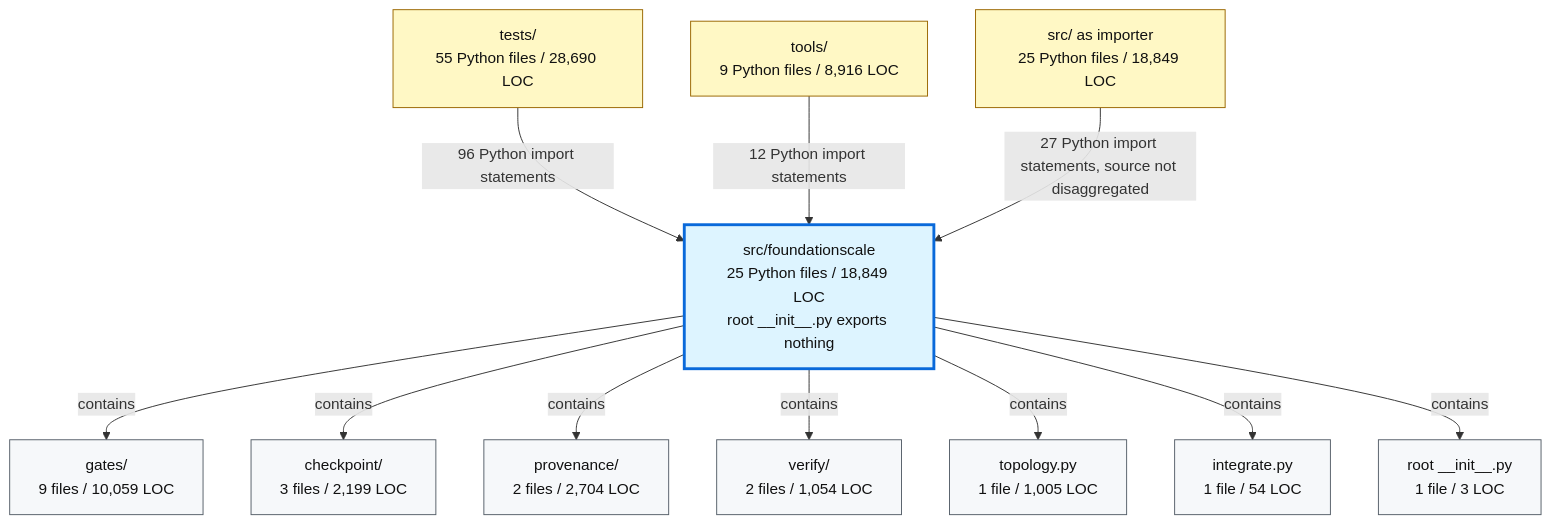
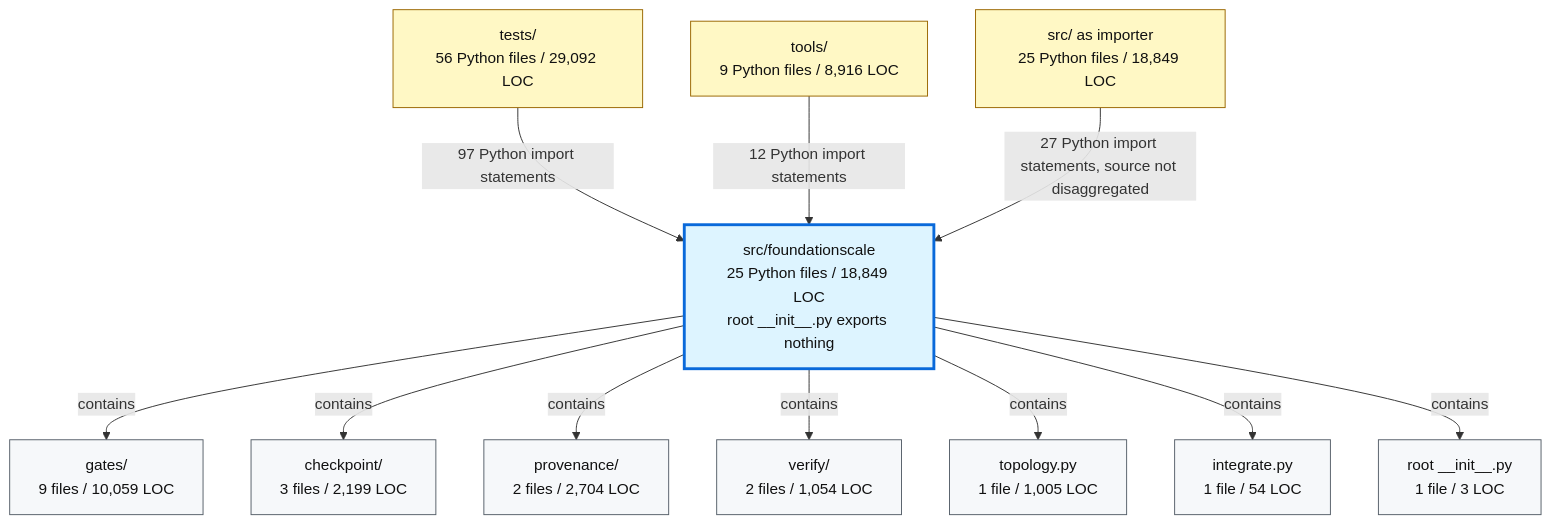
Before and after one commit to TranNhiem/FoundationScale: the second of 2 diagrams in docs/review/D2_current_architecture.md, drawn with Mermaid. The commit also changed 13 other files, not shown here.

````diff
--- a/docs/review/D2_current_architecture.md
+++ b/docs/review/D2_current_architecture.md
@@ -97,36 +97,36 @@
 ```mermaid
 flowchart TB
-  TESTS["tests/<br/>55 Python files / 28,690 LOC"]
+  TESTS["tests/<br/>56 Python files / 29,092 LOC"]
   TOOLS["tools/<br/>9 Python files / 8,916 LOC"]
   SRC["src/ as importer<br/>25 Python files / 18,849 LOC"]
 
   FS["src/foundationscale<br/>25 Python files / 18,849 LOC<br/>root __init__.py exports nothing"]
 
   GATES["gates/<br/>9 files / 10,059 LOC"]
   CKPT["checkpoint/<br/>3 files / 2,199 LOC"]
   PROV["provenance/<br/>2 files / 2,704 LOC"]
   VERIFY["verify/<br/>2 files / 1,054 LOC"]
   TOPO["topology.py<br/>1 file / 1,005 LOC"]
   INTEG["integrate.py<br/>1 file / 54 LOC"]
   ROOT["root __init__.py<br/>1 file / 3 LOC"]
 
-  TESTS -->|"96 Python import statements"| FS
+  TESTS -->|"97 Python import statements"| FS
   TOOLS -->|"12 Python import statements"| FS
   SRC -->|"27 Python import statements, source not disaggregated"| FS
 
   FS -->|"contains"| GATES
   FS -->|"contains"| CKPT
   FS -->|"contains"| PROV
   FS -->|"contains"| VERIFY
   FS -->|"contains"| TOPO
   FS -->|"contains"| INTEG
   FS -->|"contains"| ROOT
 
   classDef consumer fill:#fff8c5,stroke:#9a6700,color:#111;
   classDef package fill:#ddf4ff,stroke:#0969da,stroke-width:3px,color:#111;
   classDef module fill:#f6f8fa,stroke:#57606a,color:#111;
 
   class TESTS,TOOLS,SRC consumer;
   class FS package;
   class GATES,CKPT,PROV,VERIFY,TOPO,INTEG,ROOT module;
 ```
````
